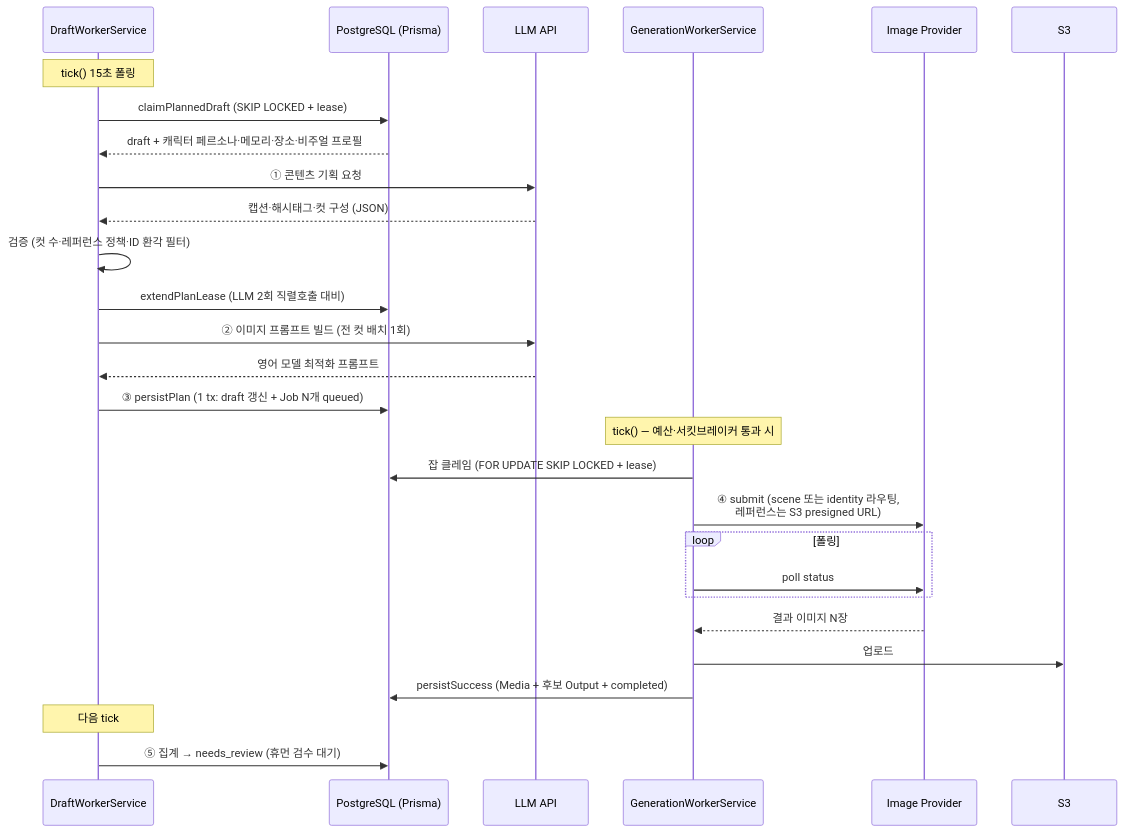
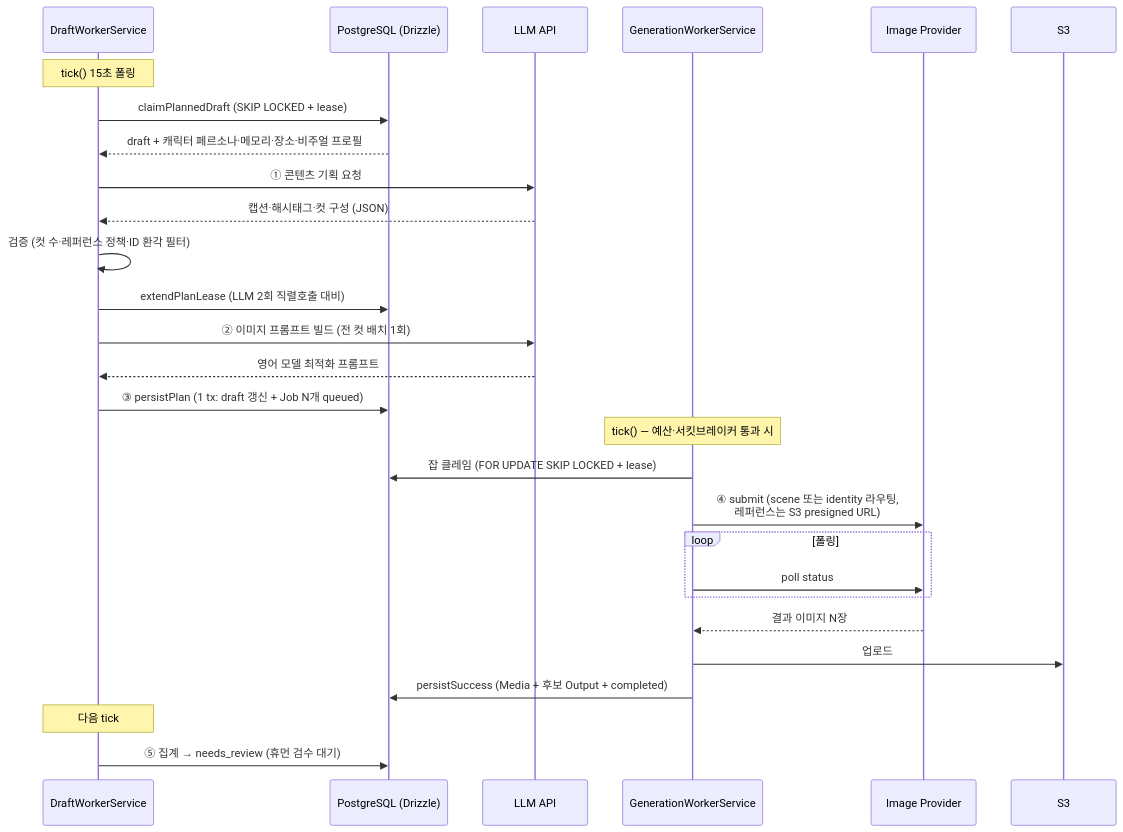
One commit to TaehoHong/opod-admin changed the fourth of 6 diagrams in docs/post-creation-agent-workflow.md. Above: the diagram before and after it, drawn with Mermaid. The commit also changed other lines of this file and 111 other files, not shown here.

````diff
--- a/docs/post-creation-agent-workflow.md
+++ b/docs/post-creation-agent-workflow.md
@@ -153,33 +153,33 @@
 ```mermaid
 sequenceDiagram
     participant DW as DraftWorkerService
-    participant DB as PostgreSQL (Prisma)
+    participant DB as PostgreSQL (Drizzle)
     participant LLM as LLM API
     participant GW as GenerationWorkerService
     participant IMAGE_PROVIDER as Image Provider
     participant S3 as S3
 
     Note over DW: tick() 15초 폴링
     DW->>DB: claimPlannedDraft (SKIP LOCKED + lease)
     DB-->>DW: draft + 캐릭터 페르소나·메모리·장소·비주얼 프로필
     DW->>LLM: ① 콘텐츠 기획 요청
     LLM-->>DW: 캡션·해시태그·컷 구성 (JSON)
     DW->>DW: 검증 (컷 수·레퍼런스 정책·ID 환각 필터)
     DW->>DB: extendPlanLease (LLM 2회 직렬호출 대비)
     DW->>LLM: ② 이미지 프롬프트 빌드 (전 컷 배치 1회)
     LLM-->>DW: 영어 모델 최적화 프롬프트
     DW->>DB: ③ persistPlan (1 tx: draft 갱신 + Job N개 queued)
 
     Note over GW: tick() — 예산·서킷브레이커 통과 시
     GW->>DB: 잡 클레임 (FOR UPDATE SKIP LOCKED + lease)
     GW->>IMAGE_PROVIDER: ④ submit (scene 또는 identity 라우팅,<br/>레퍼런스는 S3 presigned URL)
     loop 폴링
         GW->>IMAGE_PROVIDER: poll status
     end
     IMAGE_PROVIDER-->>GW: 결과 이미지 N장
     GW->>S3: 업로드
     GW->>DB: persistSuccess (Media + 후보 Output + completed)
 
     Note over DW: 다음 tick
     DW->>DB: ⑤ 집계 → needs_review (휴먼 검수 대기)
 ```
````
